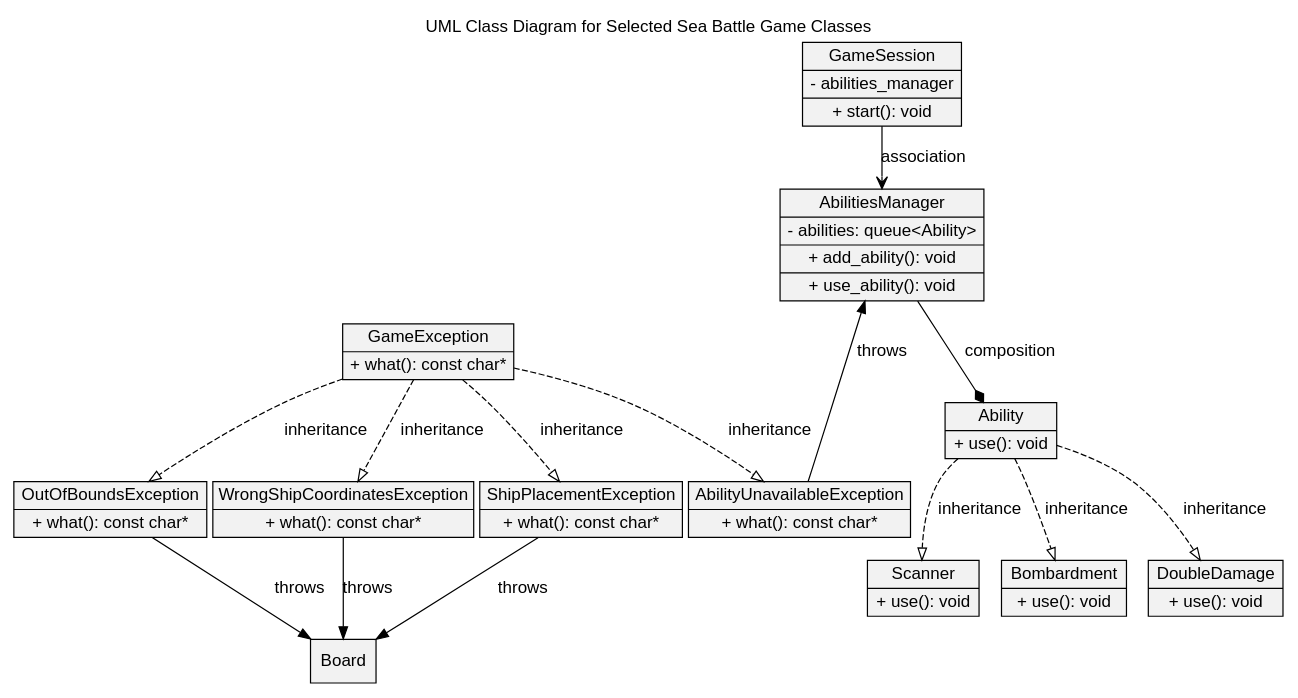
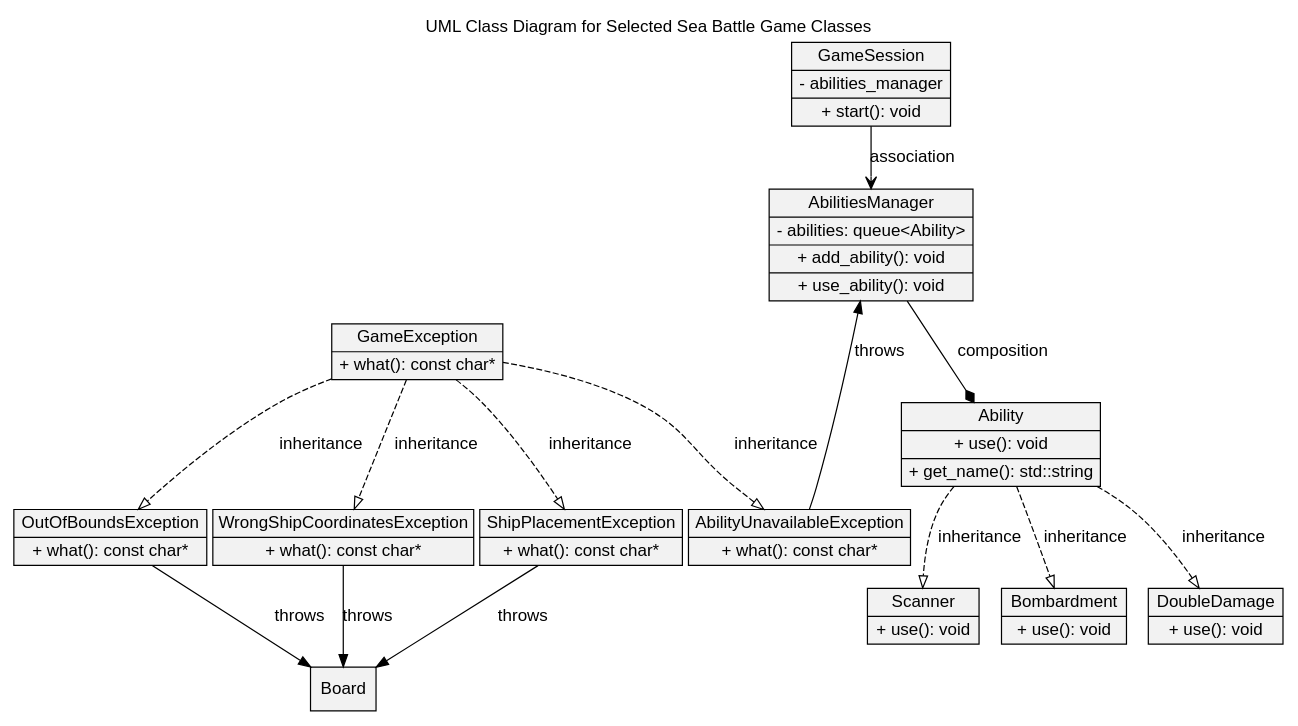
The diagram in sea_battle/uml.dot (dqym/sea-battle), drawn with Graphviz before and after one commit. The commit also changed 76 other files, not shown here.

```diff
--- a/sea_battle/uml.dot
+++ b/sea_battle/uml.dot
@@ -1,49 +1,49 @@
 digraph UML_Class_diagram {
     graph [
     label="UML Class Diagram for Selected Sea Battle Game Classes"
     labelloc="t"
     fontname="Helvetica,Arial,sans-serif"
     rankdir=UD
     ]
     node [
     fontname="Helvetica,Arial,sans-serif"
     shape=record
     style=filled
     fillcolor=gray95
     ]
     edge [fontname="Helvetica,Arial,sans-serif"]
 
-    Ability [label="{Ability | + use(): void}"]
+    Ability [label="{Ability | + use(): void | + get_name(): std::string}"]
     DoubleDamage [label="{DoubleDamage | + use(): void}"]
     Scanner [label="{Scanner | + use(): void}"]
     Bombardment [label="{Bombardment | + use(): void}"]
 
     AbilitiesManager [label="{AbilitiesManager | - abilities: queue\<Ability\> | + add_ability(): void | + use_ability(): void}"]
 
     GameException [label="{GameException | + what(): const char*}"]
     AbilityUnavailableException [label="{AbilityUnavailableException | + what(): const char*}"]
     ShipPlacementException [label="{ShipPlacementException | + what(): const char*}"]
     OutOfBoundsException [label="{OutOfBoundsException | + what(): const char*}"]
     WrongShipCoordinatesException [label="{WrongShipCoordinatesException | + what(): const char*}"]
 
     GameSession [label="{GameSession | - abilities_manager | + start(): void}"]
 
     {rank = sink; Board; }
 
     Ability -> DoubleDamage [label="inheritance" arrowhead=onormal style=dashed]
     Ability -> Scanner [label="inheritance" arrowhead=onormal style=dashed]
     Ability -> Bombardment [label="inheritance" arrowhead=onormal style=dashed]
 
     AbilitiesManager -> Ability [label="composition" arrowhead=diamond]
 
     GameException -> AbilityUnavailableException [label="inheritance" arrowhead=onormal style=dashed]
     GameException -> ShipPlacementException [label="inheritance" arrowhead=onormal style=dashed]
     GameException -> OutOfBoundsException [label="inheritance" arrowhead=onormal style=dashed]
     GameException -> WrongShipCoordinatesException [label="inheritance" arrowhead=onormal style=dashed]
 
     GameSession -> AbilitiesManager [label="association" arrowhead=open]
     AbilitiesManager -> AbilityUnavailableException [label="throws" dir=back arrowtail=normal]
     Board -> ShipPlacementException [label="throws" dir=back arrowtail=normal]
     Board -> OutOfBoundsException [label="throws" dir=back arrowtail=normal]
     Board -> WrongShipCoordinatesException [label="throws" dir=back arrowtail=normal]
 }
```
